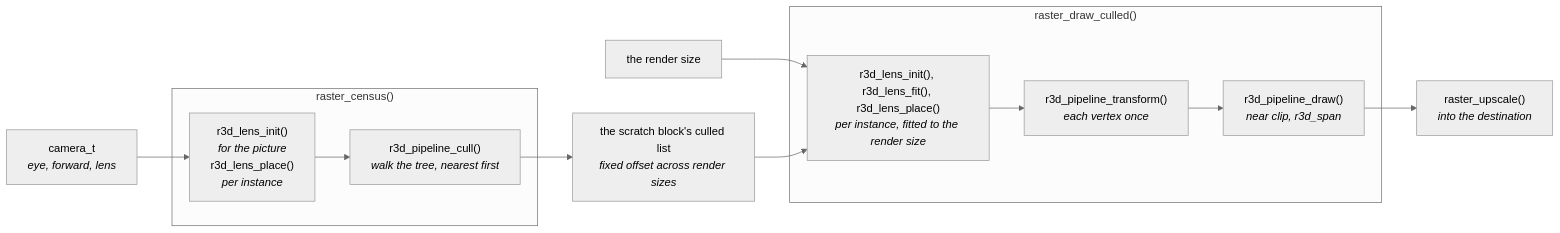
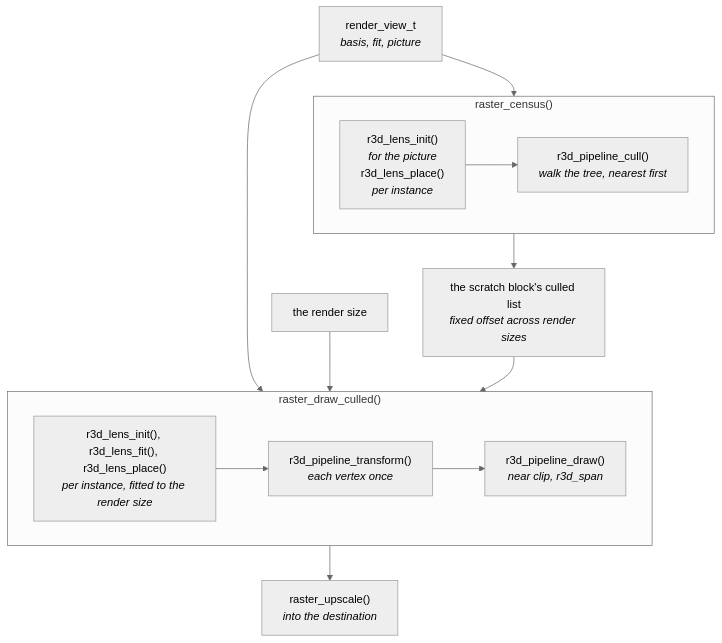
The first of 4 diagrams in docs/render/Mesh-Rendering.md (jose-villegas/autana), drawn with Mermaid (neutral theme) before and after one commit. The commit also changed other lines of this file and 48 other files, not shown here.

First line of the commit message:
render: one view value per frame (render_view_t); the raster takes no camera (#799)

````diff
--- a/docs/render/Mesh-Rendering.md
+++ b/docs/render/Mesh-Rendering.md
@@ -90,16 +95,19 @@
 ```mermaid
-flowchart LR
-    Camera["camera_t<br/><i>eye, forward, lens</i>"] --> Picture
+flowchart TB
+    View["render_view_t<br/><i>basis, fit, picture</i>"] --> Census
     subgraph Census["raster_census()"]
+        direction LR
         Picture["r3d_lens_init()<br/><i>for the picture</i><br/>r3d_lens_place()<br/><i>per instance</i>"] --> Cull
         Cull["r3d_pipeline_cull()<br/><i>walk the tree, nearest first</i>"]
     end
-    Cull --> List["the scratch block's culled list<br/><i>fixed offset across render sizes</i>"]
-    Size["the render size"] --> Fit
-    List --> Fit
+    Census --> List["the scratch block's culled list<br/><i>fixed offset across render sizes</i>"]
+    View --> Draw
+    Size["the render size"] --> Draw
+    List --> Draw
     subgraph Draw["raster_draw_culled()"]
+        direction LR
         Fit["r3d_lens_init(), r3d_lens_fit(), r3d_lens_place()<br/><i>per instance, fitted to the render size</i>"] --> Transform["r3d_pipeline_transform()<br/><i>each vertex once</i>"]
         Transform --> DrawStage["r3d_pipeline_draw()<br/><i>near clip, r3d_span</i>"]
     end
-    DrawStage --> Upscale["raster_upscale()<br/><i>into the destination</i>"]
+    Draw --> Upscale["raster_upscale()<br/><i>into the destination</i>"]
 ```
````
